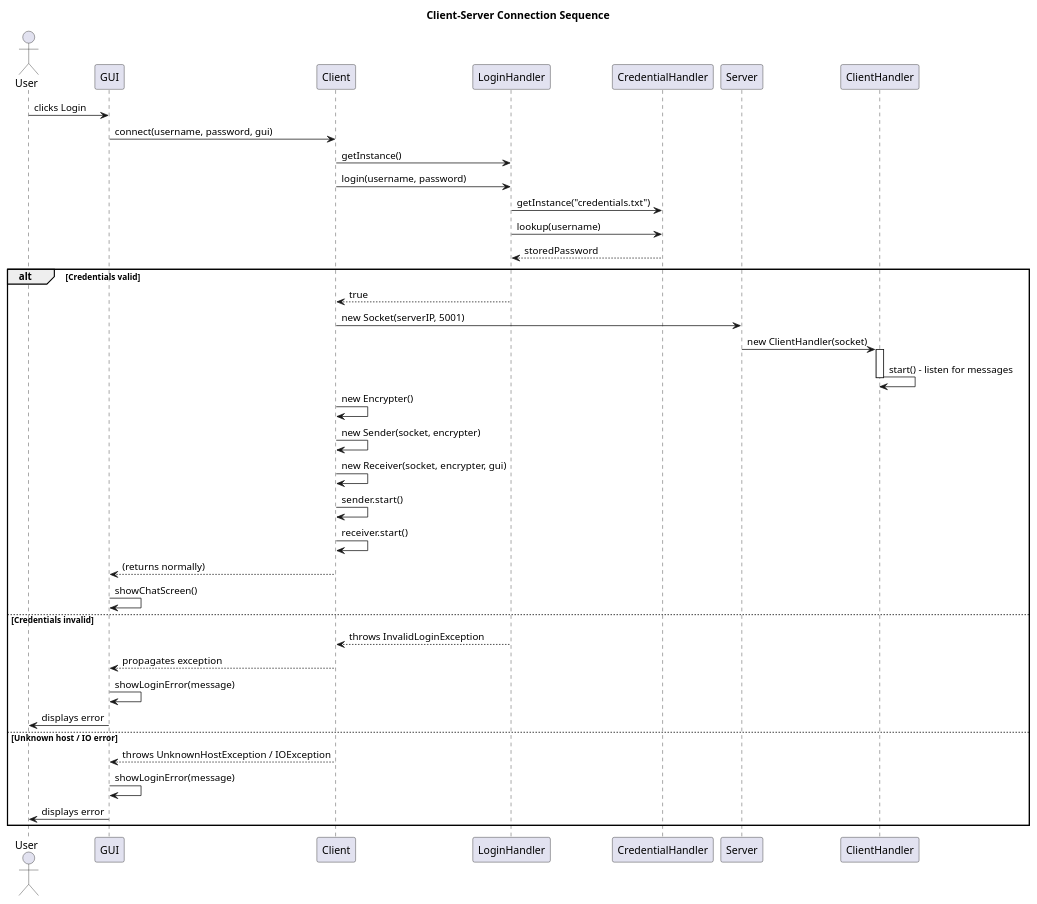
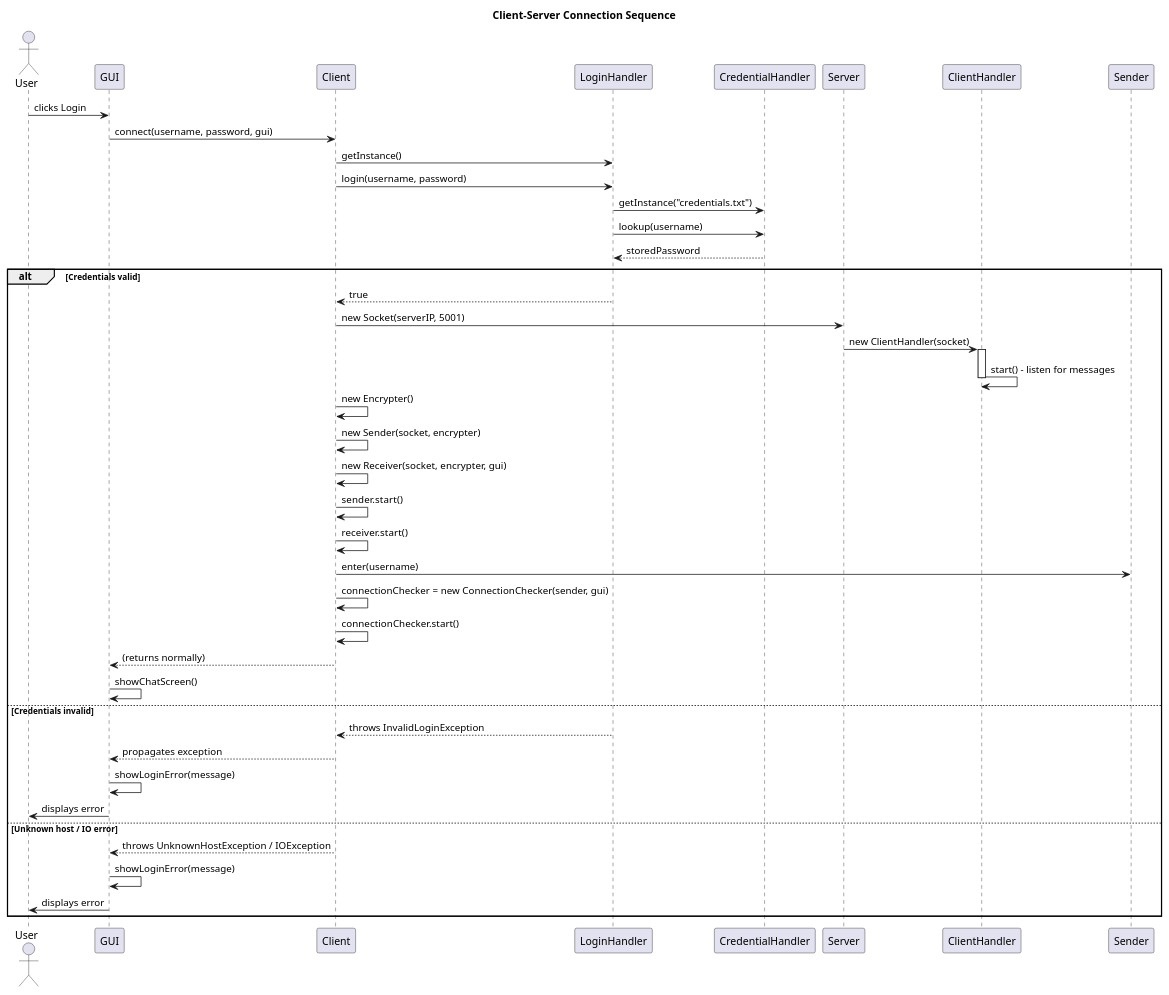
One commit to phajj/CSC2620_Hajj_Higgins_Palmer changed the diagram in docs/UML/connection_sequence.puml. Above: the diagram before and after it, drawn with PlantUML. The commit also changed 10 other files, not shown here.

```diff
--- a/docs/UML/connection_sequence.puml
+++ b/docs/UML/connection_sequence.puml
@@ -1,53 +1,56 @@
 @startuml ConnectionSequence
 
 title Client-Server Connection Sequence
 
 actor User
 participant GUI
 participant Client
 participant LoginHandler
 participant CredentialHandler
 participant Server
 participant ClientHandler
 
 User -> GUI : clicks Login
 
 GUI -> Client : connect(username, password, gui)
 
 Client -> LoginHandler : getInstance()
 Client -> LoginHandler : login(username, password)
 LoginHandler -> CredentialHandler : getInstance("credentials.txt")
 LoginHandler -> CredentialHandler : lookup(username)
 CredentialHandler --> LoginHandler : storedPassword
 
 alt Credentials valid
     LoginHandler --> Client : true
 
     Client -> Server : new Socket(serverIP, 5001)
     Server -> ClientHandler : new ClientHandler(socket)
     activate ClientHandler
     ClientHandler -> ClientHandler : start() - listen for messages
     deactivate ClientHandler
 
     Client -> Client : new Encrypter()
     Client -> Client : new Sender(socket, encrypter)
     Client -> Client : new Receiver(socket, encrypter, gui)
     Client -> Client : sender.start()
     Client -> Client : receiver.start()
+    Client -> Sender : enter(username)  
+    Client -> Client : connectionChecker = new ConnectionChecker(sender, gui)
+    Client -> Client : connectionChecker.start()
 
     Client --> GUI : (returns normally)
     GUI -> GUI : showChatScreen()
 
 else Credentials invalid
     LoginHandler --> Client : throws InvalidLoginException
     Client --> GUI : propagates exception
     GUI -> GUI : showLoginError(message)
     GUI -> User : displays error
 
 else Unknown host / IO error
     Client --> GUI : throws UnknownHostException / IOException
     GUI -> GUI : showLoginError(message)
     GUI -> User : displays error
 end
 
 @enduml
```
